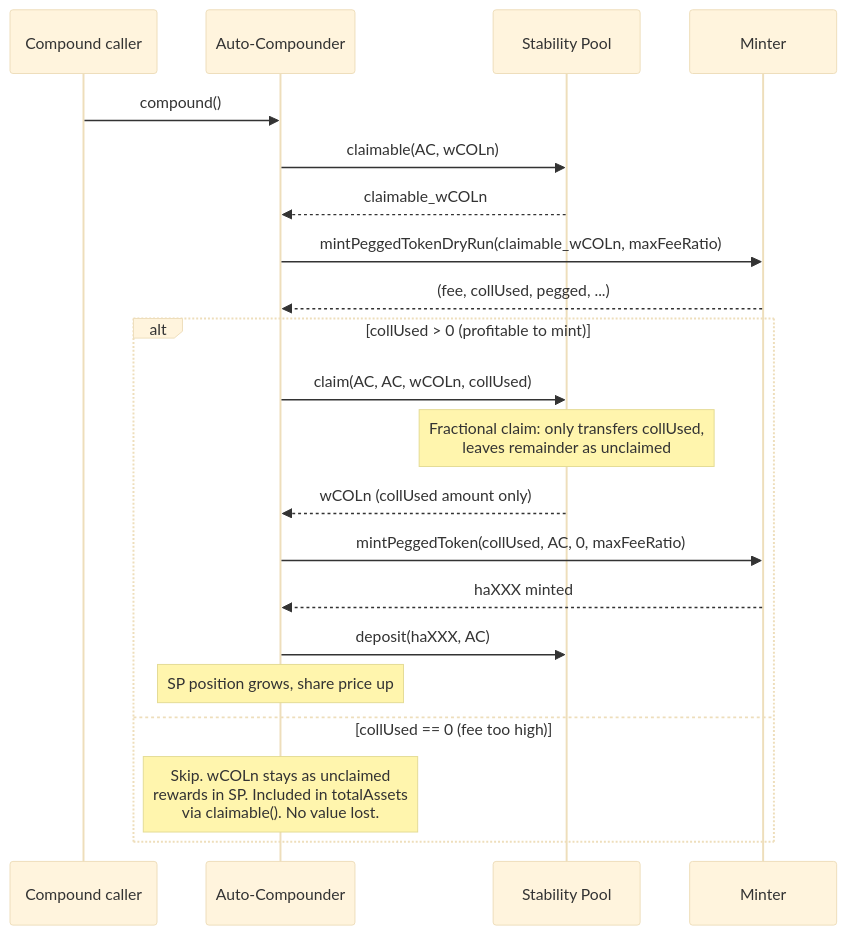
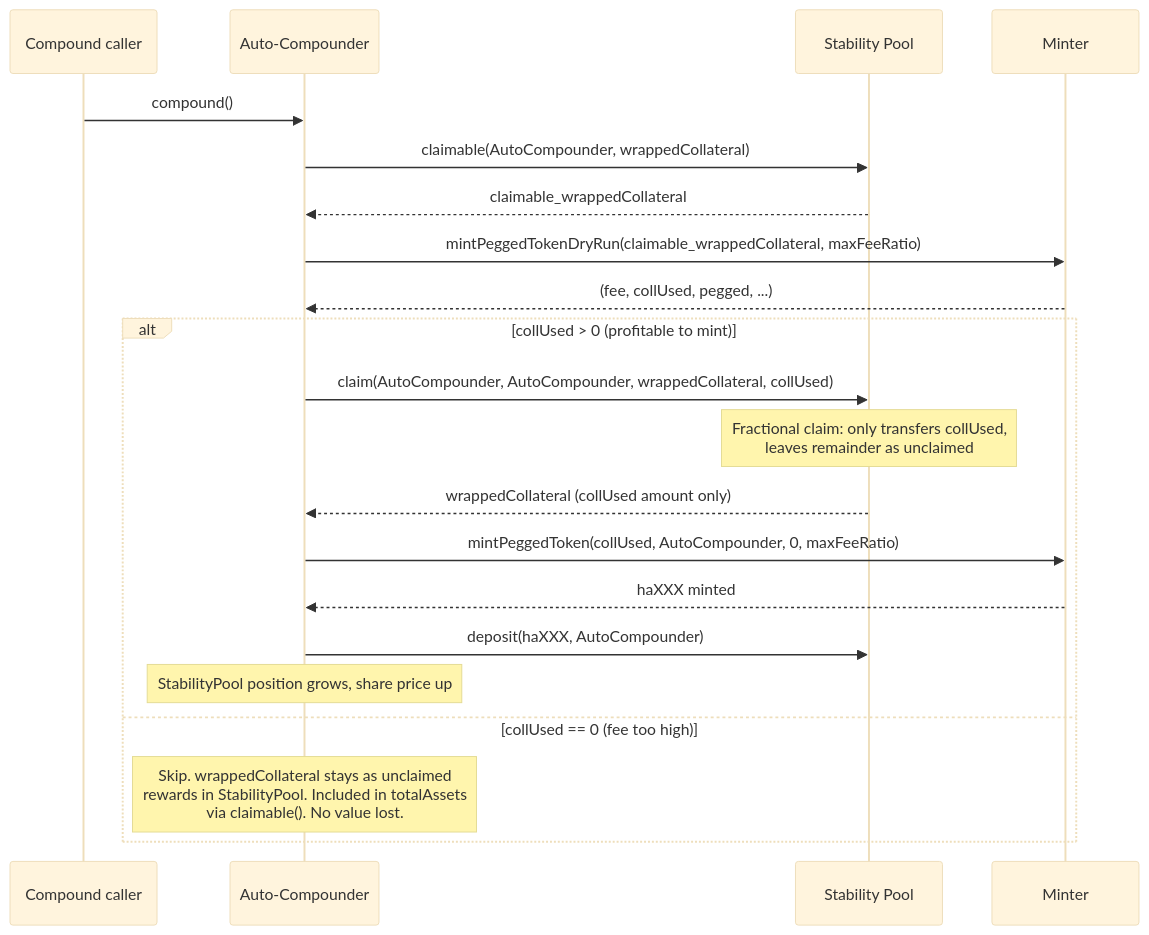
Before and after one commit to baofinance/harbor: the fifth of 9 diagrams in doc/autocompounding-vault-design.md, drawn with Mermaid (base theme). The commit also changed other lines of this file and 6 other files, not shown here.

````diff
--- a/doc/autocompounding-vault-design.md
+++ b/doc/autocompounding-vault-design.md
@@ -151,25 +151,25 @@
 ```mermaid
 sequenceDiagram
     participant Bot as Compound caller
-    participant AC as Auto-Compounder
-    participant SP as Stability Pool
+    participant AutoCompounder as Auto-Compounder
+    participant StabilityPool as Stability Pool
     participant Minter
 
-    Bot->>AC: compound()
-    AC->>SP: claimable(AC, wCOLn)
-    SP-->>AC: claimable_wCOLn
-    AC->>Minter: mintPeggedTokenDryRun(claimable_wCOLn, maxFeeRatio)
-    Minter-->>AC: (fee, collUsed, pegged, ...)
+    Bot->>AutoCompounder: compound()
+    AutoCompounder->>StabilityPool: claimable(AutoCompounder, wrappedCollateral)
+    StabilityPool-->>AutoCompounder: claimable_wrappedCollateral
+    AutoCompounder->>Minter: mintPeggedTokenDryRun(claimable_wrappedCollateral, maxFeeRatio)
+    Minter-->>AutoCompounder: (fee, collUsed, pegged, ...)
 
     alt collUsed > 0 (profitable to mint)
-        AC->>SP: claim(AC, AC, wCOLn, collUsed)
-        Note over SP: Fractional claim: only transfers collUsed,<br/>leaves remainder as unclaimed
-        SP-->>AC: wCOLn (collUsed amount only)
-        AC->>Minter: mintPeggedToken(collUsed, AC, 0, maxFeeRatio)
-        Minter-->>AC: haXXX minted
-        AC->>SP: deposit(haXXX, AC)
-        Note over AC: SP position grows, share price up
+        AutoCompounder->>StabilityPool: claim(AutoCompounder, AutoCompounder, wrappedCollateral, collUsed)
+        Note over StabilityPool: Fractional claim: only transfers collUsed,<br/>leaves remainder as unclaimed
+        StabilityPool-->>AutoCompounder: wrappedCollateral (collUsed amount only)
+        AutoCompounder->>Minter: mintPeggedToken(collUsed, AutoCompounder, 0, maxFeeRatio)
+        Minter-->>AutoCompounder: haXXX minted
+        AutoCompounder->>StabilityPool: deposit(haXXX, AutoCompounder)
+        Note over AutoCompounder: StabilityPool position grows, share price up
     else collUsed == 0 (fee too high)
-        Note over AC: Skip. wCOLn stays as unclaimed<br/>rewards in SP. Included in totalAssets<br/>via claimable(). No value lost.
+        Note over AutoCompounder: Skip. wrappedCollateral stays as unclaimed<br/>rewards in StabilityPool. Included in totalAssets<br/>via claimable(). No value lost.
     end
 ```
````
